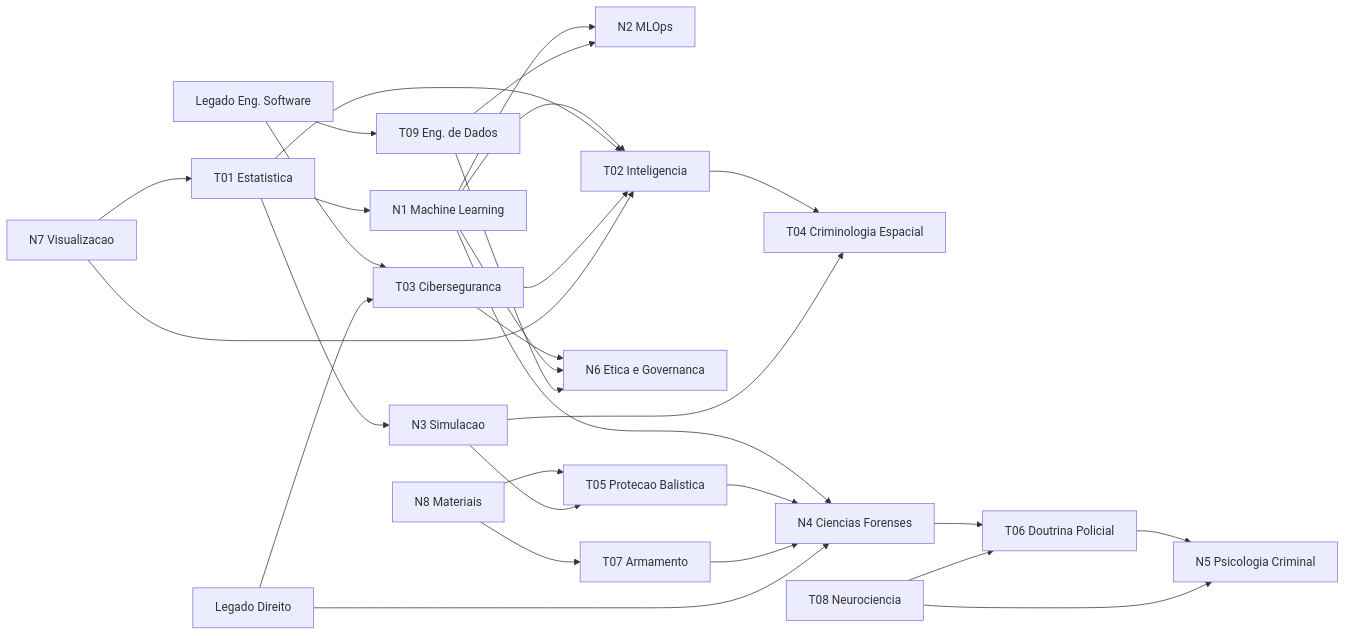
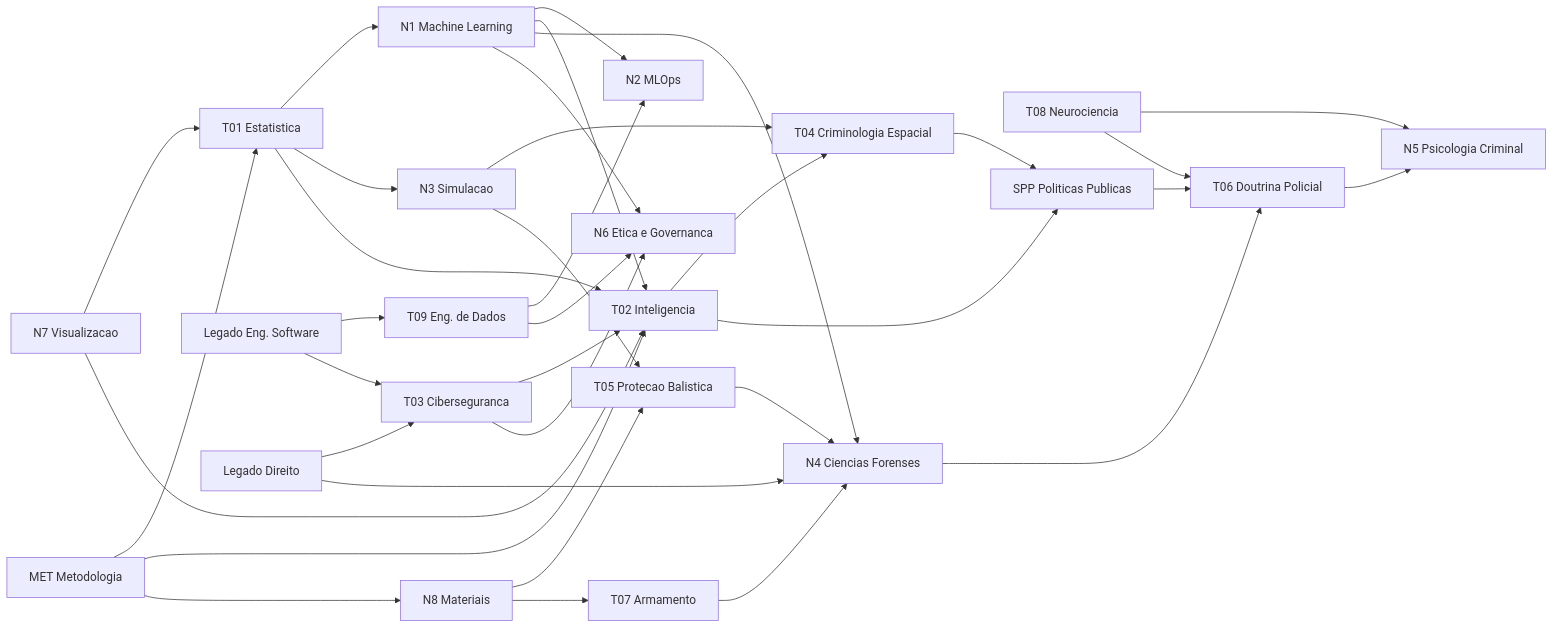
One commit to RicsonRamos/atlas changed the second of 3 diagrams in atlas-reestruturacao-completa.md. Above: the diagram before and after it, drawn with Mermaid. The commit also changed other lines of this file and 20 other files, not shown here.

Commit message:
Padronizar todas as páginas de trilhas com o layout de cards expansíveis e radar chart do Atlas

````diff
--- a/atlas-reestruturacao-completa.md
+++ b/atlas-reestruturacao-completa.md
@@ -601,31 +679,37 @@
 ```mermaid
 graph LR
     EST[T01 Estatistica] --> ML[N1 Machine Learning]
     ML --> OPS[N2 MLOps]
     DE[T09 Eng. de Dados] --> OPS
     EST --> SIM[N3 Simulacao]
     ML --> IAF[T02 Inteligencia]
     EST --> IAF
     IAF --> GEO[T04 Criminologia Espacial]
     SIM --> GEO
     ML --> FOR[N4 Ciencias Forenses]
     FOR --> DPF[T06 Doutrina Policial]
     DPF --> PSI[N5 Psicologia Criminal]
     NEU[T08 Neurociencia] --> PSI
     NEU --> DPF
     DIG[T03 Ciberseguranca] --> IAF
     DIG --> GOV[N6 Etica e Governanca]
     ML --> GOV
     DE --> GOV
     MAT[N8 Materiais] --> BAL[T05 Protecao Balistica]
     MAT --> ARM[T07 Armamento]
     SIM --> BAL
     BAL --> FOR
     ARM --> FOR
     VIZ[N7 Visualizacao] --> EST
     VIZ --> IAF
     LEGSW[Legado Eng. Software] --> DE
     LEGSW --> DIG
     LEGDIR[Legado Direito] --> DIG
     LEGDIR --> FOR
+    MET[MET Metodologia] --> EST
+    MET --> IAF
+    MET --> MAT
+    GEO --> SPP[SPP Politicas Publicas]
+    IAF --> SPP
+    SPP --> DPF
 ```
````
